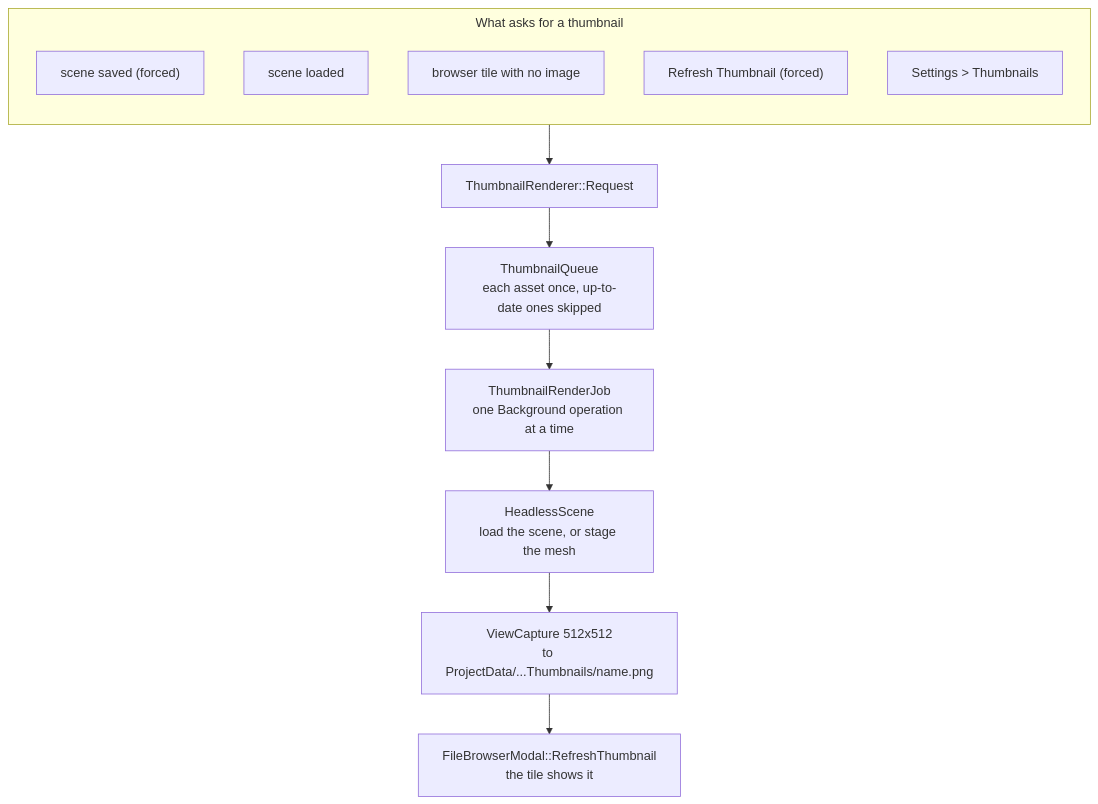
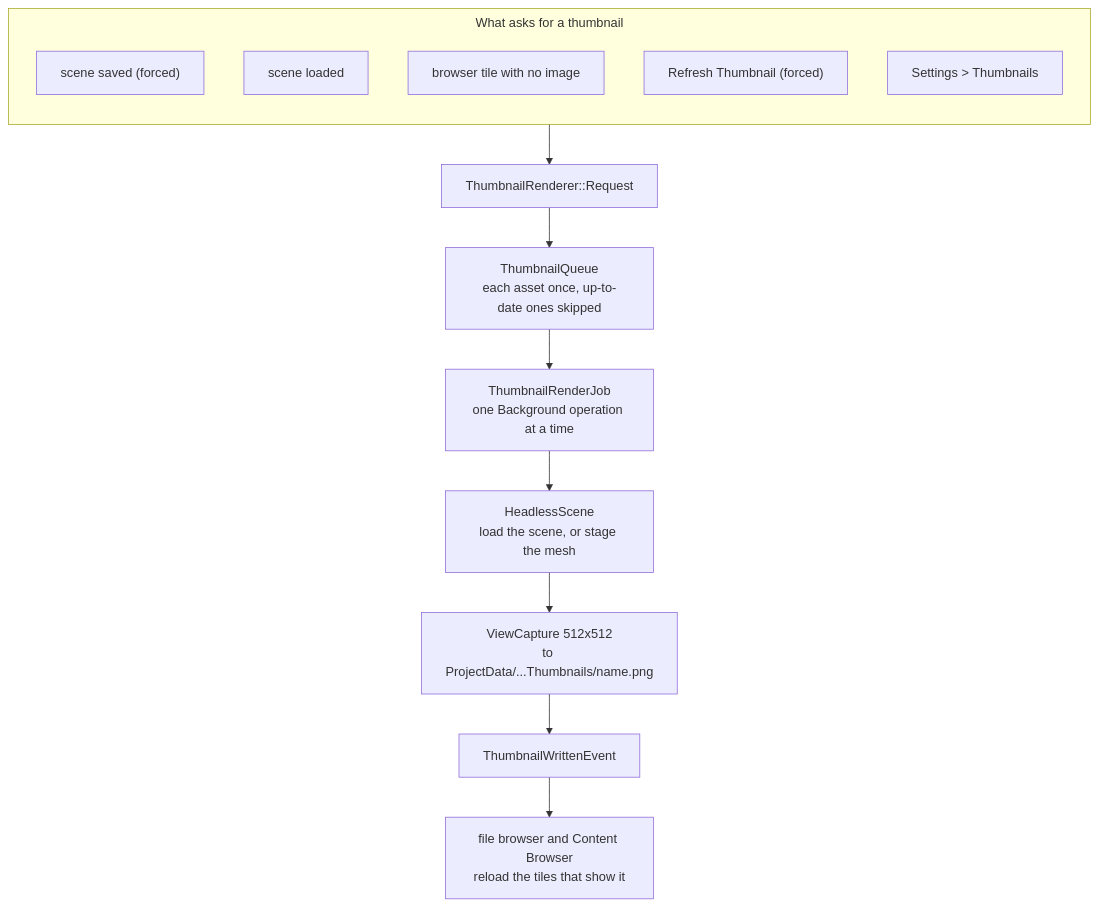
The first of 2 diagrams in Docs/Generated/Engine/07-Editor/Thumbnails-And-File-Browser.md (b1nary0/RZE), drawn with Mermaid before and after one commit. The commit also changed other lines of this file and 39 other files, not shown here.

````diff
--- a/Docs/Generated/Engine/07-Editor/Thumbnails-And-File-Browser.md
+++ b/Docs/Generated/Engine/07-Editor/Thumbnails-And-File-Browser.md
@@ -5,18 +5,19 @@
 ```mermaid
 %%{init: {'flowchart': {'subGraphTitleMargin': {'top': 6, 'bottom': 10}}, 'themeCSS': '.labelBkg, .edgeLabel { background-color: var(--background-primary) !important; } .messageText, .labelText, .loopText { paint-order: stroke; stroke: var(--background-primary); stroke-width: 5px; stroke-linejoin: round; }'}}%%
 flowchart TD
     subgraph Ask["What asks for a thumbnail"]
         direction TB
         Save["scene saved (forced)"]
         Load["scene loaded"]
         Tile["browser tile with no image"]
         Refresh["Refresh Thumbnail (forced)"]
         Settings["Settings > Thumbnails"]
     end
     Ask --> R["ThumbnailRenderer::Request"]
     R --> Q["ThumbnailQueue<br/>each asset once, up-to-date ones skipped"]
     Q --> Job["ThumbnailRenderJob<br/>one Background operation at a time"]
     Job --> HS["HeadlessScene<br/>load the scene, or stage the mesh"]
     HS --> Cap["ViewCapture 512x512<br/>to ProjectData/...Thumbnails/name.png"]
-    Cap --> FB["FileBrowserModal::RefreshThumbnail<br/>the tile shows it"]
+    Cap --> Ev["ThumbnailWrittenEvent"]
+    Ev --> FB["file browser and Content Browser<br/>reload the tiles that show it"]
 ```
````
